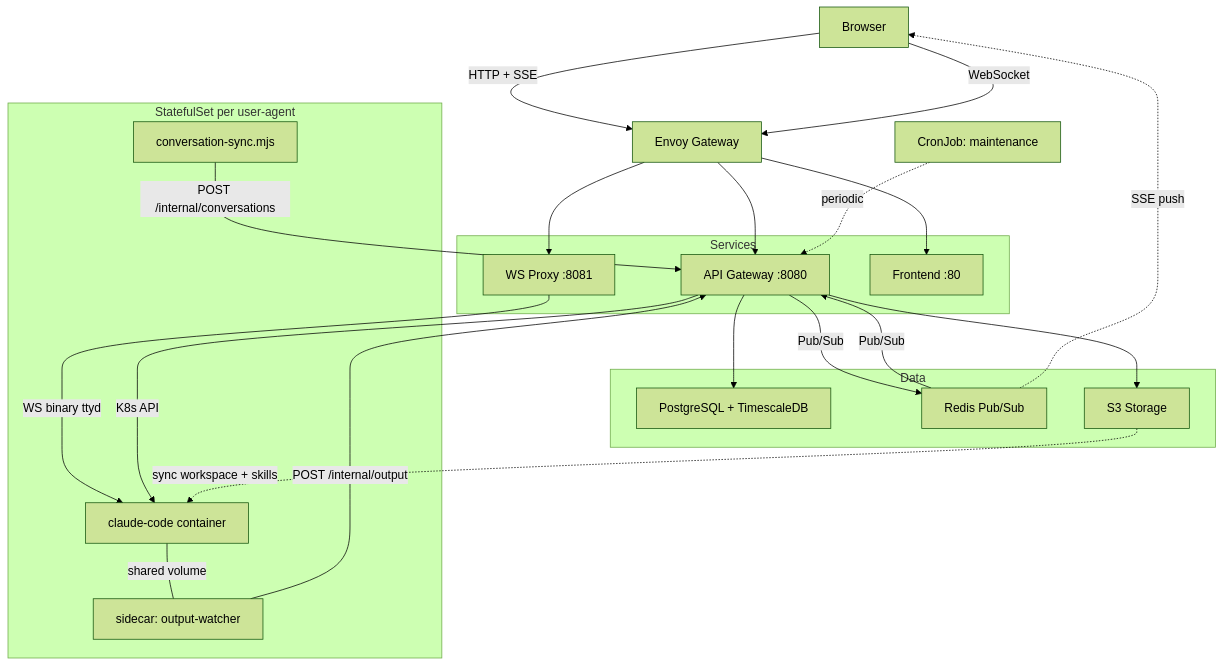
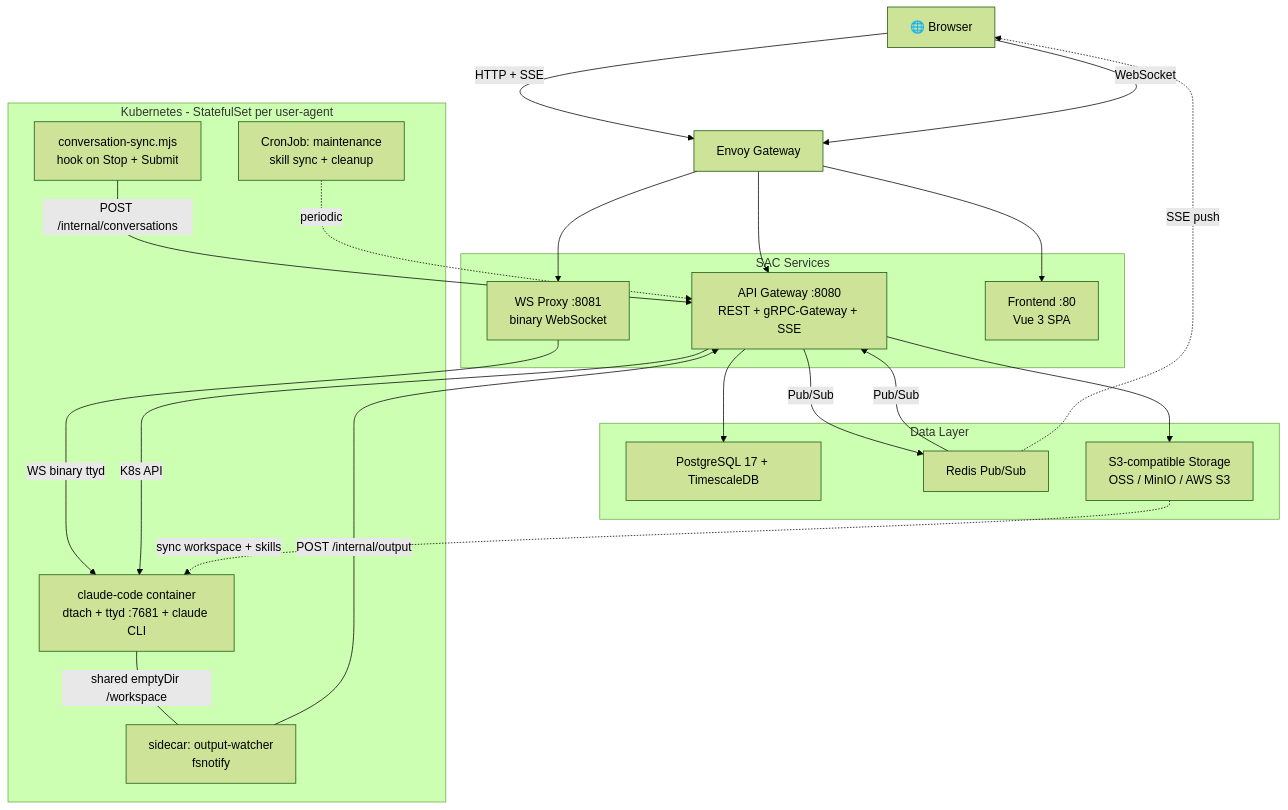
Before and after one commit to aireet/sac: the first of 2 diagrams in README.md, drawn with Mermaid (forest theme). The commit also changed other lines of this file and 1 other file, not shown here.

Commit message:
docs: restore diagram detail while keeping mermaid 9.1.3 compat
Bring back br tags, quoted labels, emoji, and descriptive text in
nodes and edges. Still avoids nested subgraphs and bidirectional
arrows that break on GitLab mermaid 9.1.3.

````diff
--- a/README.md
+++ b/README.md
@@ -28,47 +28,45 @@
 ```mermaid
 graph TB
-    Browser[Browser]
+    Browser["🌐 Browser"]
+    GW["Envoy Gateway"]
 
-    GW[Envoy Gateway]
-
-    subgraph Services
-        API[API Gateway :8080]
-        WS[WS Proxy :8081]
-        FE[Frontend :80]
+    subgraph Services["SAC Services"]
+        API["API Gateway :8080<br/>REST + gRPC-Gateway + SSE"]
+        WS["WS Proxy :8081<br/>binary WebSocket"]
+        FE["Frontend :80<br/>Vue 3 SPA"]
     end
 
-    subgraph Data
-        PG[PostgreSQL + TimescaleDB]
-        Redis[Redis Pub/Sub]
-        S3[S3 Storage]
+    subgraph Data["Data Layer"]
+        PG["PostgreSQL 17 + TimescaleDB"]
+        Redis["Redis Pub/Sub"]
+        S3["S3-compatible Storage<br/>OSS / MinIO / AWS S3"]
     end
 
-    subgraph AgentPod[StatefulSet per user-agent]
-        Main[claude-code container]
-        Sidecar[sidecar: output-watcher]
-        Hook[conversation-sync.mjs]
+    subgraph AgentPod["Kubernetes - StatefulSet per user-agent"]
+        Main["claude-code container<br/>dtach + ttyd :7681 + claude CLI"]
+        Sidecar["sidecar: output-watcher<br/>fsnotify"]
+        Hook["conversation-sync.mjs<br/>hook on Stop + Submit"]
+        Cron["CronJob: maintenance<br/>skill sync + cleanup"]
     end
 
-    Cron[CronJob: maintenance]
-
-    Browser -->|HTTP + SSE| GW
-    Browser -->|WebSocket| GW
+    Browser -->|"HTTP + SSE"| GW
+    Browser -->|"WebSocket"| GW
     GW --> FE
     GW --> API
     GW --> WS
 
-    WS -->|WS binary ttyd| Main
-    API -->|K8s API| Main
+    WS -->|"WS binary ttyd"| Main
+    API -->|"K8s API"| Main
     API --> PG
     API --> S3
-    API -->|Pub/Sub| Redis
-    Redis -->|Pub/Sub| API
+    API -->|"Pub/Sub"| Redis
+    Redis -->|"Pub/Sub"| API
 
-    Sidecar -->|POST /internal/output| API
-    Hook -->|POST /internal/conversations| API
-    Main ---|shared volume| Sidecar
+    Sidecar -->|"POST /internal/output"| API
+    Hook -->|"POST /internal/conversations"| API
+    Main ---|"shared emptyDir /workspace"| Sidecar
 
-    S3 -.->|sync workspace + skills| Main
-    Redis -.->|SSE push| Browser
-    Cron -.->|periodic| API
+    S3 -.->|"sync workspace + skills"| Main
+    Redis -.->|"SSE push"| Browser
+    Cron -.->|"periodic"| API
 ```
````
